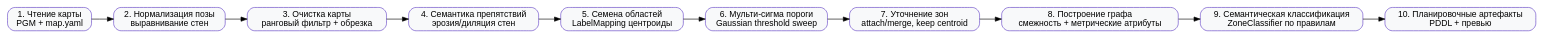
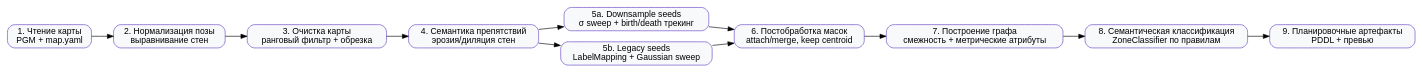
Before and after one commit to ARDev1161/mapannotator: the diagram in docs/semantic_actions.dot, drawn with Graphviz. The commit also changed 4 other files, not shown here.

Commit message:
Refresh diagrams and docs for downsample mode

```diff
--- a/docs/semantic_actions.dot
+++ b/docs/semantic_actions.dot
@@ -1,17 +1,20 @@
 digraph SemanticActions {
     rankdir=LR;
     node [shape=box, style="rounded,filled", fillcolor="#f8f9fa", color="#5f3dc4", fontname="Helvetica"];
 
     step1 [label="1. Чтение карты\nPGM + map.yaml"];
     step2 [label="2. Нормализация позы\nвыравнивание стен"];
     step3 [label="3. Очистка карты\nранговый фильтр + обрезка"];
     step4 [label="4. Семантика препятствий\nэрозия/диляция стен"];
-    step5 [label="5. Семена областей\nLabelMapping центроиды"];
-    step6 [label="6. Мульти-сигма пороги\nGaussian threshold sweep"];
-    step7 [label="7. Уточнение зон\nattach/merge, keep centroid"];
-    step8 [label="8. Построение графа\nсмежность + метрические атрибуты"];
-    step9 [label="9. Семантическая классификация\nZoneClassifier по правилам"];
-    step10 [label="10. Планировочные артефакты\nPDDL + превью"];
+    step5a [label="5a. Downsample seeds\nσ sweep + birth/death трекинг"];
+    step5b [label="5b. Legacy seeds\nLabelMapping + Gaussian sweep"];
+    step6 [label="6. Постобработка масок\nattach/merge, keep centroid"];
+    step7 [label="7. Построение графа\nсмежность + метрические атрибуты"];
+    step8 [label="8. Семантическая классификация\nZoneClassifier по правилам"];
+    step9 [label="9. Планировочные артефакты\nPDDL + превью"];
 
-    step1 -> step2 -> step3 -> step4 -> step5 -> step6 -> step7 -> step8 -> step9 -> step10;
+    step1 -> step2 -> step3 -> step4;
+    step4 -> step5a -> step6;
+    step4 -> step5b -> step6;
+    step6 -> step7 -> step8 -> step9;
 }
```
